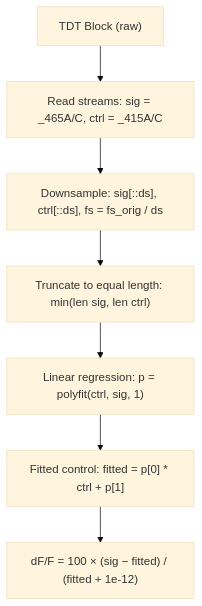
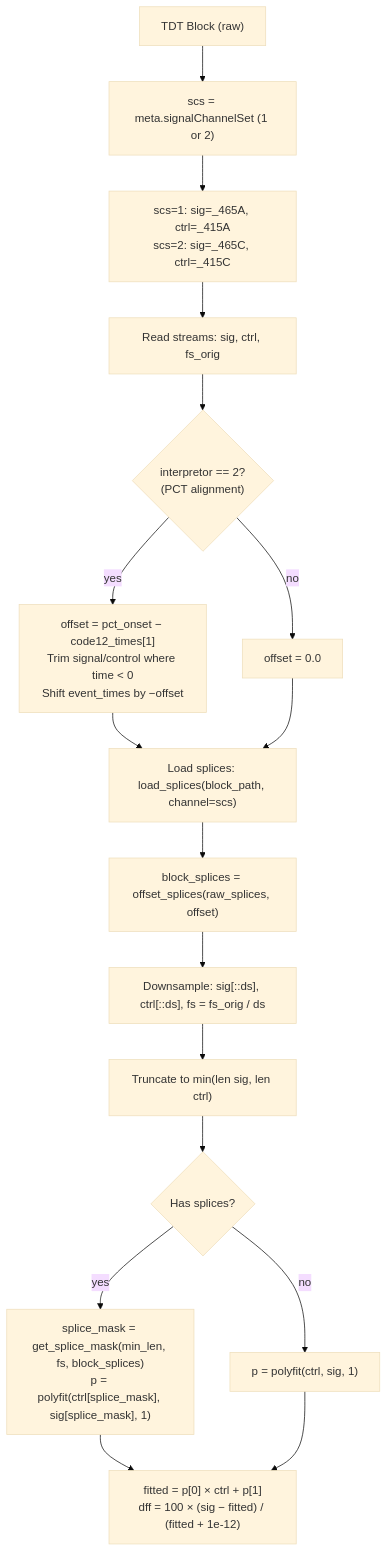
One commit to ParekhLabUTD/fiberGrapher changed the eighth of 14 diagrams in data_processing audit.md. Above: the diagram before and after it, drawn with Mermaid (base theme). The commit also changed other lines of this file and 1 other file, not shown here.

````diff
--- a/data_processing audit.md
+++ b/data_processing audit.md
@@ -7,9 +159,19 @@
 ```mermaid
 graph TD
-    A["TDT Block (raw)"] --> B["Read streams: sig = _465A/C, ctrl = _415A/C"]
-    B --> C["Downsample: sig[::ds], ctrl[::ds], fs = fs_orig / ds"]
-    C --> D["Truncate to equal length: min(len sig, len ctrl)"]
-    D --> E["Linear regression: p = polyfit(ctrl, sig, 1)"]
-    E --> F["Fitted control: fitted = p[0] * ctrl + p[1]"]
-    F --> G["dF/F = 100 × (sig − fitted) / (fitted + 1e-12)"]
+    A["TDT Block (raw)"] --> B["scs = meta.signalChannelSet (1 or 2)"]
+    B --> C["scs=1: sig=_465A, ctrl=_415A<br/>scs=2: sig=_465C, ctrl=_415C"]
+    C --> D["Read streams: sig, ctrl, fs_orig"]
+    D --> E{"interpretor == 2?<br/>(PCT alignment)"}
+    E -->|yes| F["offset = pct_onset − code12_times[1]<br/>Trim signal/control where time < 0<br/>Shift event_times by −offset"]
+    E -->|no| F2["offset = 0.0"]
+    F --> G["Load splices: load_splices(block_path, channel=scs)"]
+    F2 --> G
+    G --> H["block_splices = offset_splices(raw_splices, offset)"]
+    H --> I["Downsample: sig[::ds], ctrl[::ds], fs = fs_orig / ds"]
+    I --> J["Truncate to min(len sig, len ctrl)"]
+    J --> K{"Has splices?"}
+    K -->|yes| L["splice_mask = get_splice_mask(min_len, fs, block_splices)<br/>p = polyfit(ctrl[splice_mask], sig[splice_mask], 1)"]
+    K -->|no| M["p = polyfit(ctrl, sig, 1)"]
+    L --> N["fitted = p[0] × ctrl + p[1]<br/>dff = 100 × (sig − fitted) / (fitted + 1e-12)"]
+    M --> N
 ```
````
